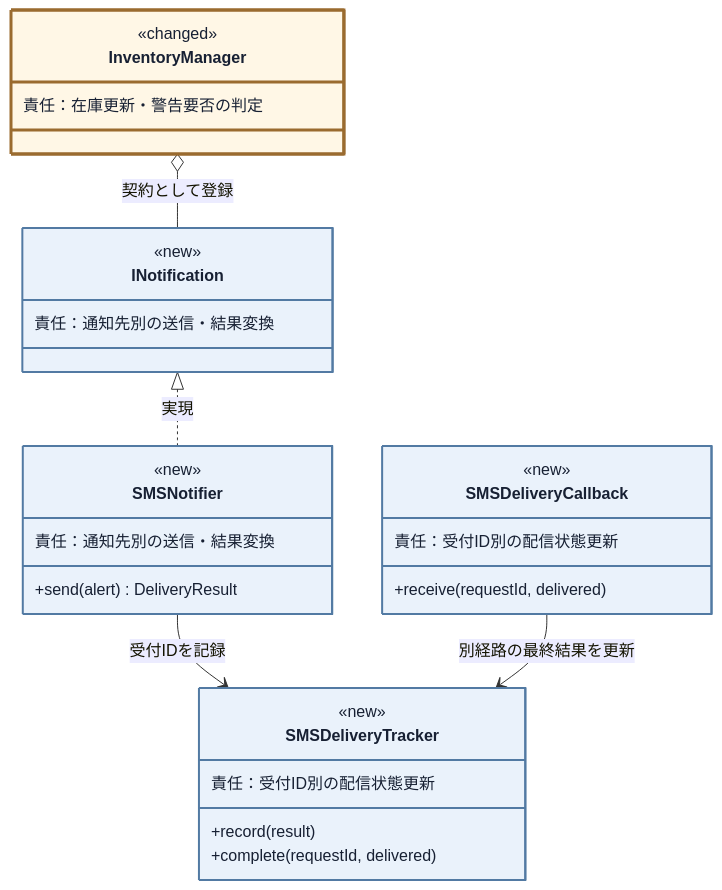
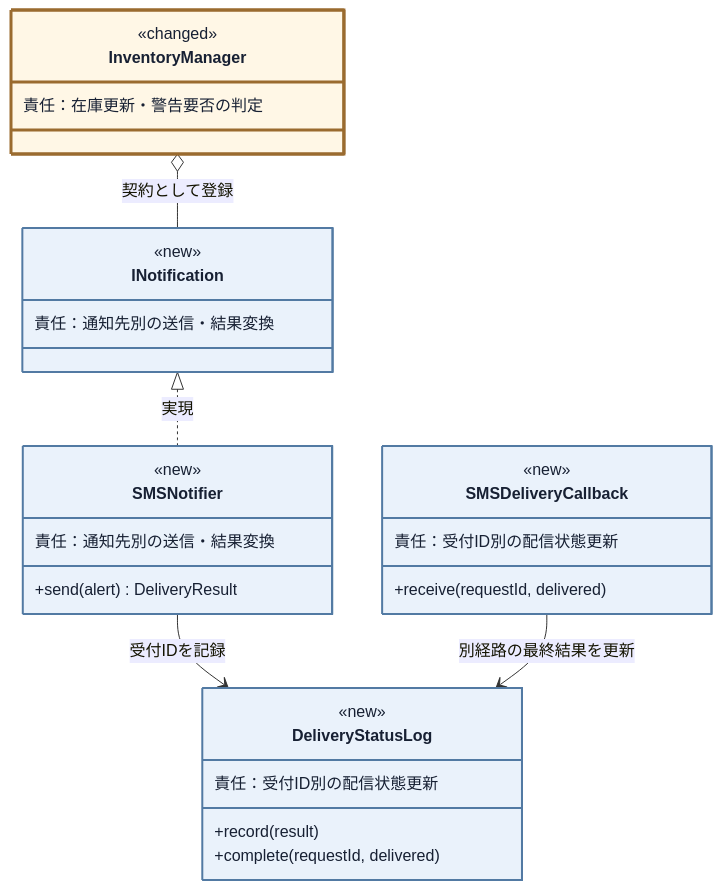
Before and after one commit to kumachan1101-pixel/DesignPattern: diagram 12 of 20 in kindle/design-patterns/books/volume01-core-patterns/output/05-chapter03.md, drawn with Mermaid. The commit also changed other lines of this file and 6 other files, not shown here.

````diff
--- a/kindle/design-patterns/books/volume01-core-patterns/output/05-chapter03.md
+++ b/kindle/design-patterns/books/volume01-core-patterns/output/05-chapter03.md
@@ -1763,36 +1762,36 @@
 ```mermaid
 classDiagram
     direction TB
     class InventoryManager:::touched {
         <<changed>>
         責任：在庫更新・警告要否の判定
     }
     class INotification:::added {
         <<new>>
         <<interface>>
         責任：通知先別の送信・結果変換
     }
     class SMSNotifier:::added {
         <<new>>
         責任：通知先別の送信・結果変換
         +send(alert) DeliveryResult
     }
-    class SMSDeliveryTracker:::added {
+    class DeliveryStatusLog:::added {
         <<new>>
         責任：受付ID別の配信状態更新
         +record(result)
         +complete(requestId, delivered)
     }
     class SMSDeliveryCallback:::added {
         <<new>>
         責任：受付ID別の配信状態更新
         +receive(requestId, delivered)
     }
     InventoryManager o-- INotification : 契約として登録
     INotification <|.. SMSNotifier : 実現
-    SMSNotifier --> SMSDeliveryTracker : 受付IDを記録
-    SMSDeliveryCallback --> SMSDeliveryTracker : 別経路の最終結果を更新
+    SMSNotifier --> DeliveryStatusLog : 受付IDを記録
+    SMSDeliveryCallback --> DeliveryStatusLog : 別経路の最終結果を更新
 
     classDef added fill:#eaf2fb,stroke:#527aa3,stroke-width:2px,color:#172033;
     classDef touched fill:#fff7e6,stroke:#9a6b2f,stroke-width:3px,color:#172033;
 ```
````
